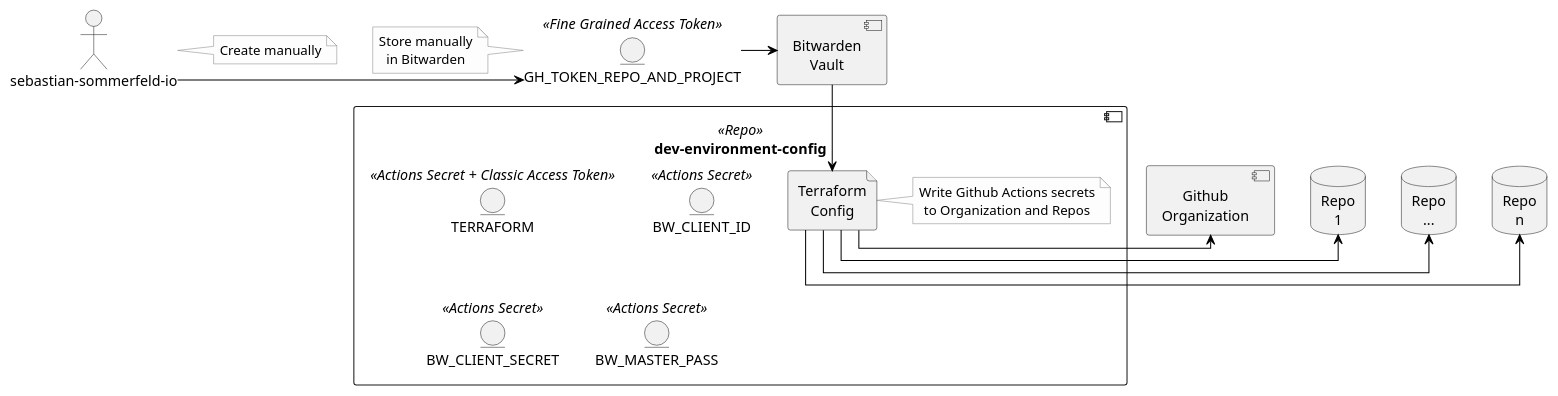
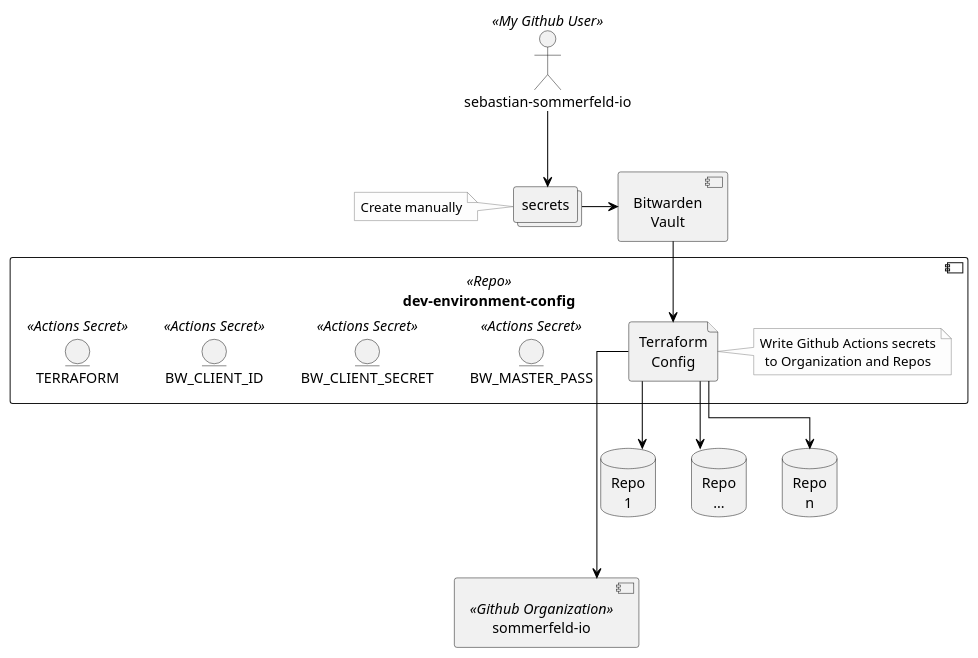
The diagram in docs/modules/arc42-docs/pages/08-concepts.adoc (sommerfeld-io/dev-environment-config), drawn with PlantUML before and after one commit. The commit also changed other lines of this file, not shown here.

Commit message:
updated diagram

```diff
--- a/docs/modules/arc42-docs/pages/08-concepts.adoc
+++ b/docs/modules/arc42-docs/pages/08-concepts.adoc
@@ -13,49 +13,52 @@
 [plantuml, puml-build-image, svg]
 ----
 @startuml
 
 skinparam linetype ortho
 skinparam monochrome false
 skinparam componentStyle uml2
 skinparam backgroundColor #fff
 skinparam ArrowColor black
 skinparam NoteBorderColor Grey
 skinparam NoteBackgroundColor #fdfdfd
 skinparam defaultTextAlignment center
 skinparam activity {
 FontName Ubuntu
 }
 
-actor me as "sebastian-sommerfeld-io"
-entity GH_TOKEN_REPO_AND_PROJECT <<Fine Grained Access Token>>
-me -> GH_TOKEN_REPO_AND_PROJECT
-note right of me: Create manually
-note left of GH_TOKEN_REPO_AND_PROJECT: Store manually\nin Bitwarden
+actor me as "sebastian-sommerfeld-io" <<My Github User>>
+collections secrets
+me --> secrets
+note left of secrets: Create manually
 
 component vault as "Bitwarden\nVault"
-GH_TOKEN_REPO_AND_PROJECT -> vault
+secrets -> vault
 
 component dev_repo as "dev-environment-config" <<Repo>> {
     file tf as "Terraform\nConfig"
     note right of tf: Write Github Actions secrets\nto Organization and Repos
     
-    entity TERRAFORM <<Actions Secret + Classic Access Token>>
+    entity TERRAFORM <<Actions Secret>>
     
     entity BW_CLIENT_ID <<Actions Secret>>
     entity BW_CLIENT_SECRET <<Actions Secret>>
     entity BW_MASTER_PASS <<Actions Secret>>
+    
+    BW_CLIENT_ID -[hidden]right- BW_CLIENT_SECRET
+    BW_CLIENT_SECRET -[hidden]right- BW_MASTER_PASS
 }
+
 vault -down-> tf
 
-component org as "Github\nOrganization"
+component org as "sommerfeld-io" <<Github Organization>>
 database r1 as "Repo\n1"
 database r2 as "Repo\n..."
 database r3 as "Repo\nn"
 
-tf -> org
-tf -> r1
-tf -> r2
-tf -> r3
+tf -down--> org
+tf -down-> r1
+tf -down-> r2
+tf -down-> r3
 
 @enduml
 ----
```
